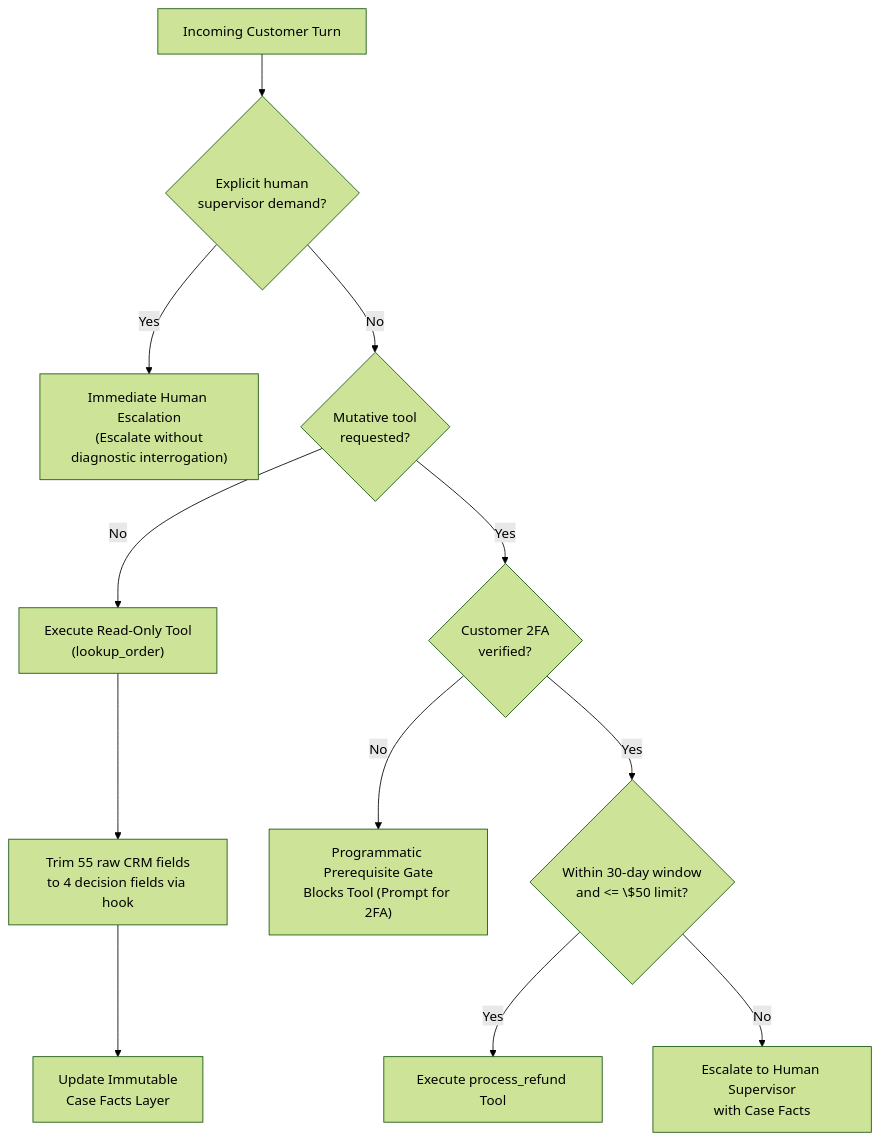
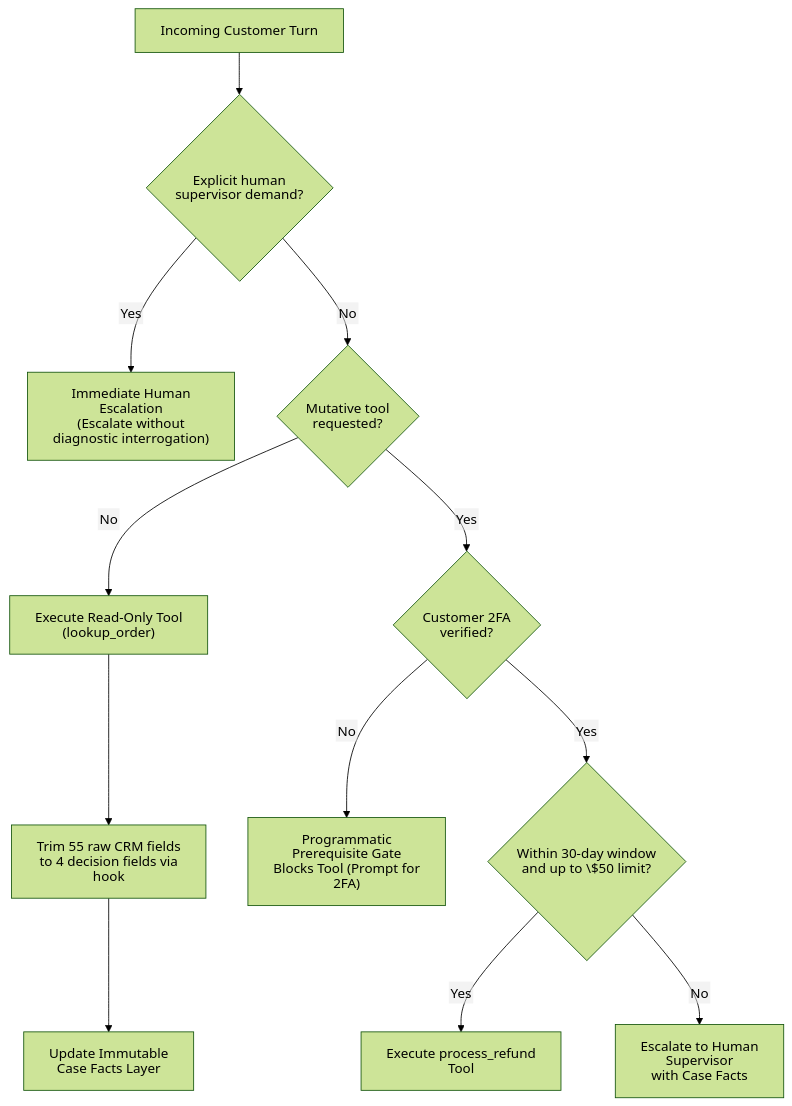
Before and after one commit to dip4k/claude_cert_architect_foundation_prep: the fourth of 6 diagrams in scenarios/MASTER_SCENARIO_PRACTICE.md, drawn with Mermaid (forest theme). The commit also changed other lines of this file and 88 other files, not shown here.

First line of the commit message:
fix(mermaid): standardize GitHub Mermaid rendering across repo

````diff
--- a/scenarios/MASTER_SCENARIO_PRACTICE.md
+++ b/scenarios/MASTER_SCENARIO_PRACTICE.md
@@ -135,16 +147,20 @@
 ```mermaid
+---
+config:
+  htmlLabels: false
+---
 flowchart TD
     UserTurn["Incoming Customer Turn"] --> DemandHuman{"Explicit human<br>supervisor demand?"}
     DemandHuman -- "Yes" --> Escalate["Immediate Human Escalation<br>(Escalate without<br>diagnostic interrogation)"]
     
     DemandHuman -- "No" --> IntentCheck{"Mutative tool<br>requested?"}
     IntentCheck -- "No" --> ReadOnlyTool["Execute Read-Only Tool<br>(lookup_order)"]
     ReadOnlyTool --> Trim["Trim 55 raw CRM fields<br>to 4 decision fields via hook"]
     Trim --> UpdateFacts["Update Immutable<br>Case Facts Layer"]
     
     IntentCheck -- "Yes" --> AuthCheck{"Customer 2FA<br>verified?"}
     AuthCheck -- "No" --> AuthGate["Programmatic Prerequisite Gate<br>Blocks Tool (Prompt for 2FA)"]
-    AuthCheck -- "Yes" --> PolicyCheck{"Within 30-day window<br>and <= \$50 limit?"}
+    AuthCheck -- "Yes" --> PolicyCheck{"Within 30-day window<br>and up to \$50 limit?"}
     PolicyCheck -- "Yes" --> ExecuteRefund["Execute process_refund Tool"]
     PolicyCheck -- "No" --> PolicyEscalate["Escalate to Human Supervisor<br>with Case Facts"]
 ```
````
